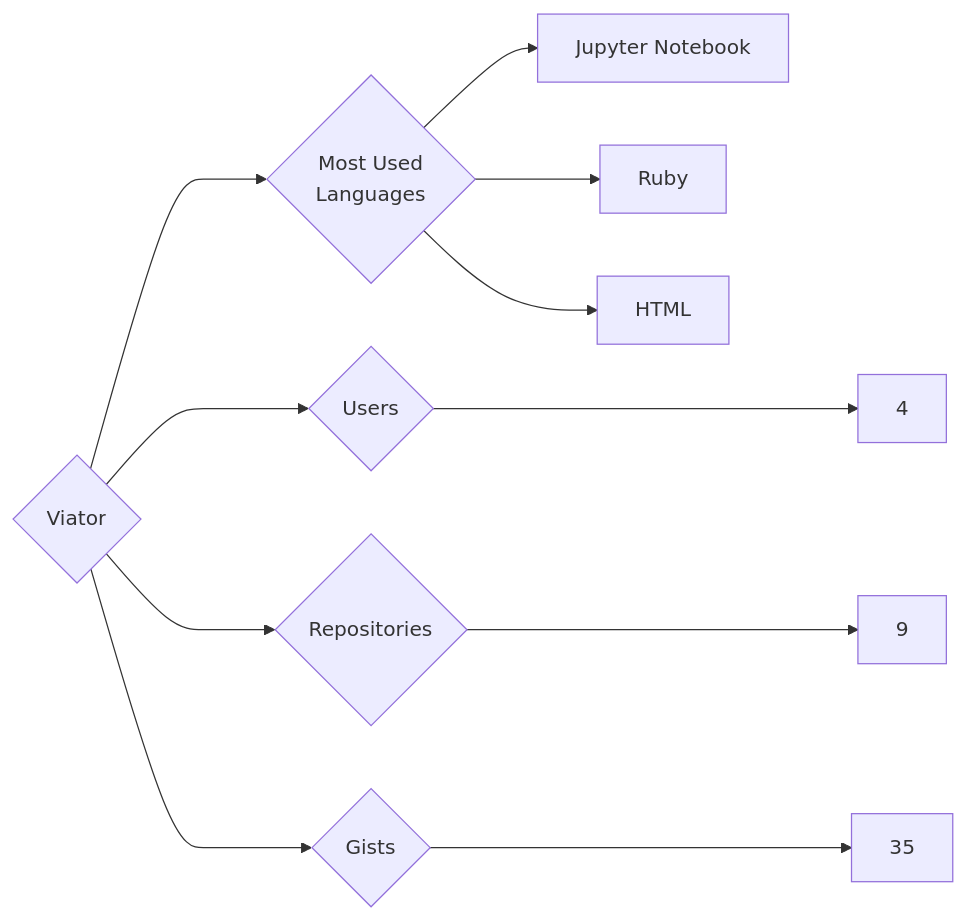
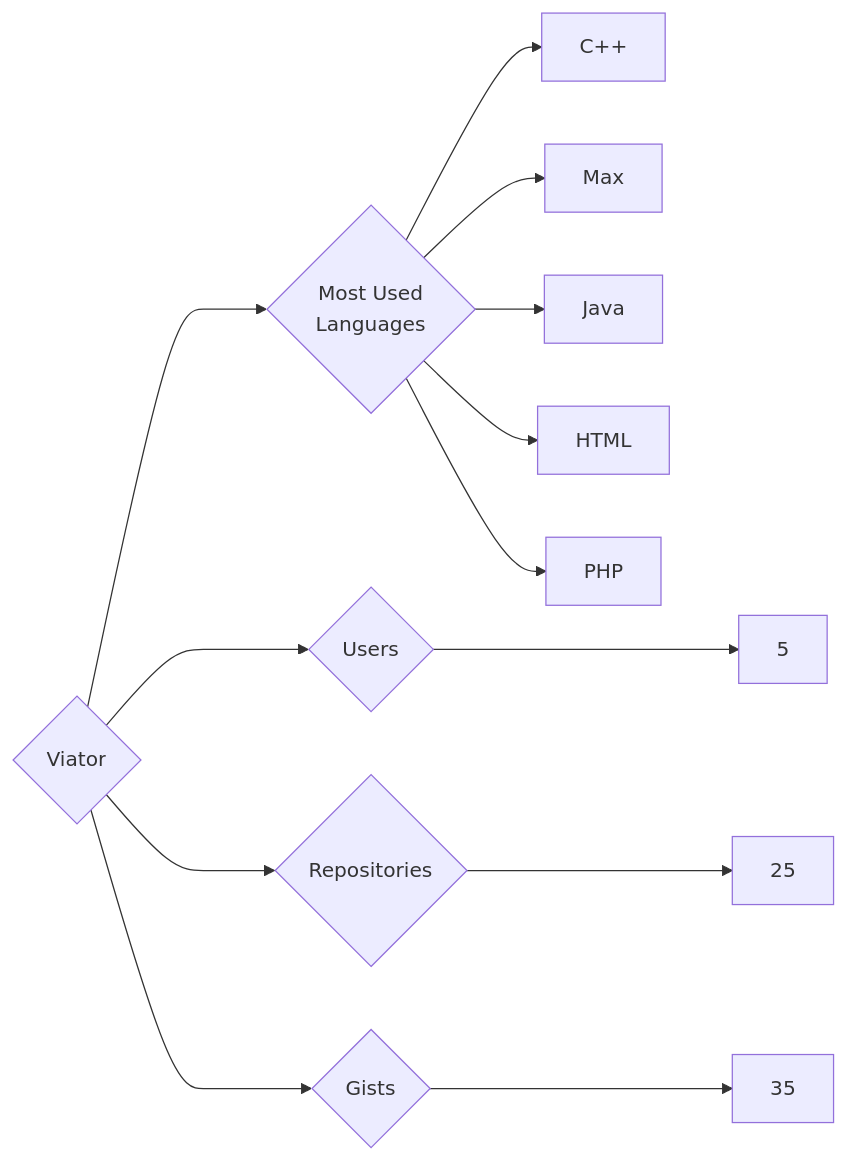
Before and after one commit to trickest/insiders: the diagram in targets/Viator/README.md, drawn with Mermaid. The commit also changed 787 other files, not shown here.

````diff
--- a/targets/Viator/README.md
+++ b/targets/Viator/README.md
@@ -3,11 +3,13 @@
 ```mermaid
 graph LR
 COMPANY_NAME{Viator}
-COMPANY_NAME ---> U{Users} ---> UN[4]
-COMPANY_NAME ---> R{Repositories} ---> RN[9]
+COMPANY_NAME ---> U{Users} ---> UN[5]
+COMPANY_NAME ---> R{Repositories} ---> RN[25]
 COMPANY_NAME ---> G{Gists} ---> GN[35]
 COMPANY_NAME ---> ML{Most Used<br>Languages}
-ML --> Jupyter_Notebook[Jupyter Notebook]
-ML --> Ruby[Ruby]
+ML --> C++[C++]
+ML --> Max[Max]
+ML --> Java[Java]
 ML --> HTML[HTML]
+ML --> PHP[PHP]
 ```
````
